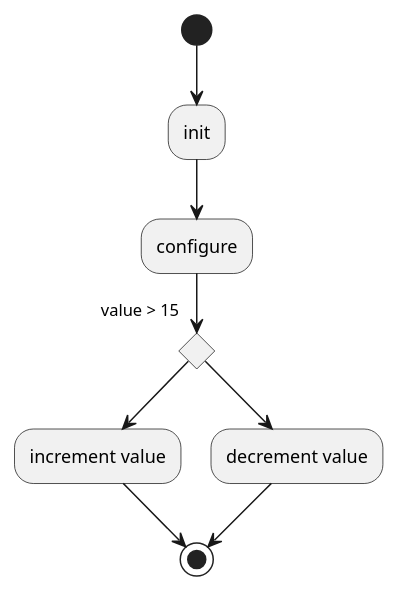
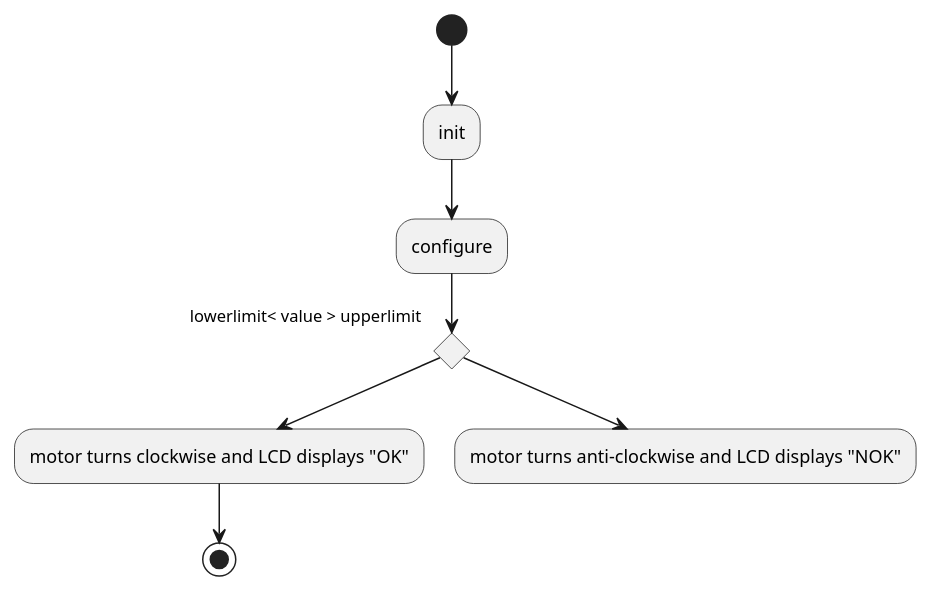
Before and after one commit to zeinaa19/embedded-final-assignment-: the second of 3 diagrams in project_design_tpl copy.md, drawn with PlantUML.

Commit message:
Update project_design_tpl copy.md

````diff
--- a/project_design_tpl copy.md
+++ b/project_design_tpl copy.md
@@ -79,13 +79,12 @@
 ```plantuml
 @startuml
 (*) --> init
 --> configure
-if value > 15
-  --> increment value
+if lowerlimit< value > upperlimit 
+  --> motor turns clockwise and LCD displays "OK"
   --> (*)
 else
-  --> decrement value
-  --> (*)
+  --> motor turns anti-clockwise and LCD displays "NOK"
 endif
 @enduml
 ```
````
